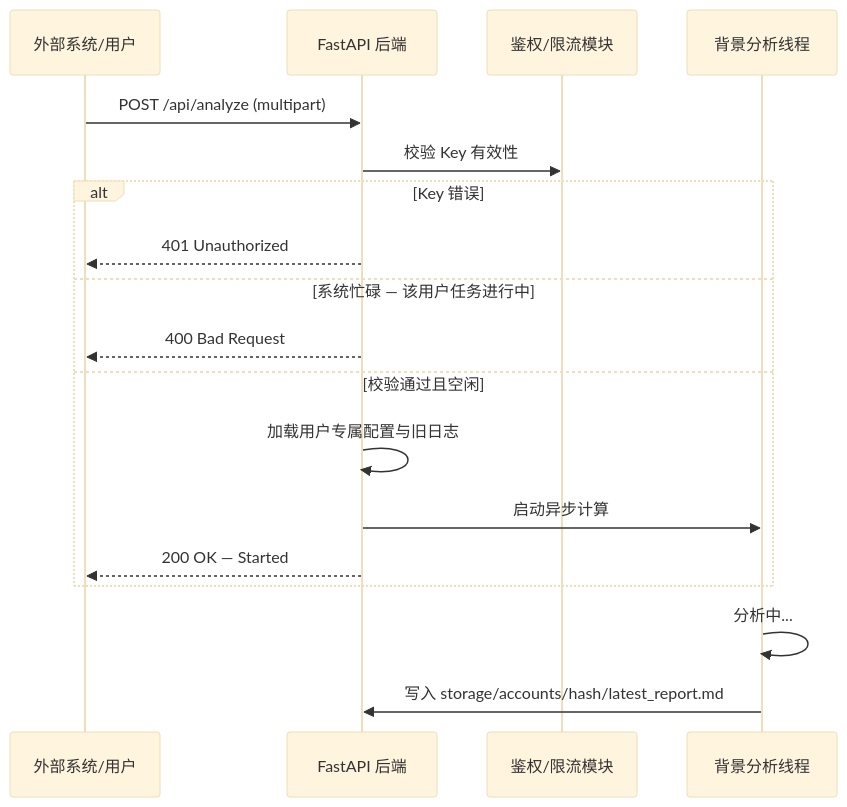
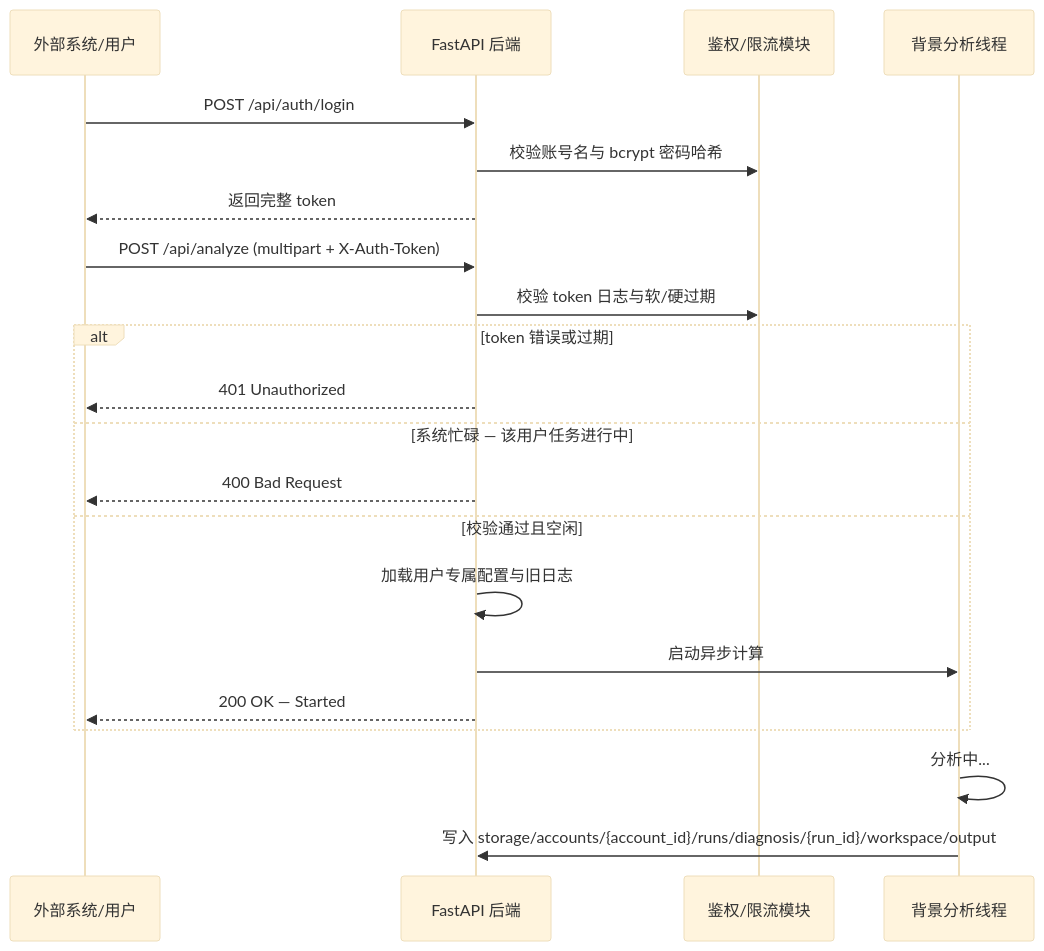
One commit to FuLuTang/AI-Store-Analysis-System changed the diagram in docs/API接口设计方案.md. Above: the diagram before and after it, drawn with Mermaid (base theme). The commit also changed other lines of this file and 15 other files, not shown here.

````diff
--- a/docs/API接口设计方案.md
+++ b/docs/API接口设计方案.md
@@ -7,22 +7,25 @@
 ```mermaid
 sequenceDiagram
     participant Client as 外部系统/用户
     participant API as FastAPI 后端
     participant Auth as 鉴权/限流模块
     participant Worker as 背景分析线程
 
-    Client->>API: POST /api/analyze (multipart)
-    API->>Auth: 校验 Key 有效性
-    alt Key 错误
+    Client->>API: POST /api/auth/login
+    API->>Auth: 校验账号名与 bcrypt 密码哈希
+    API-->>Client: 返回完整 token
+    Client->>API: POST /api/analyze (multipart + X-Auth-Token)
+    API->>Auth: 校验 token 日志与软/硬过期
+    alt token 错误或过期
         API-->>Client: 401 Unauthorized
     else 系统忙碌 — 该用户任务进行中
         API-->>Client: 400 Bad Request
     else 校验通过且空闲
         API->>API: 加载用户专属配置与旧日志
         API->>Worker: 启动异步计算
         API-->>Client: 200 OK — Started
     end
 
     Worker->>Worker: 分析中...
-    Worker->>API: 写入 storage/accounts/hash/latest_report.md
+    Worker->>API: 写入 storage/accounts/{account_id}/runs/diagnosis/{run_id}/workspace/output
 ```
````
